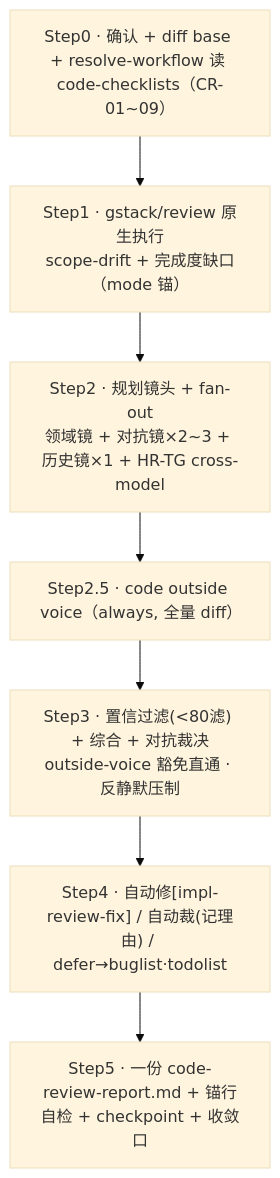
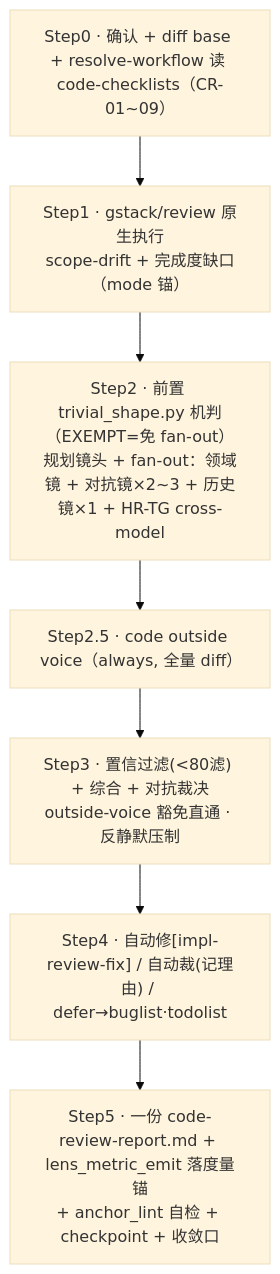
One commit to laodao-ai/sdflow-skills changed the second of 2 diagrams in docs/workflow-skills/sdflow-code-review.md. Above: the diagram before and after it, drawn with Mermaid (base theme). The commit also changed other lines of this file and 5 other files, not shown here.

````diff
--- a/docs/workflow-skills/sdflow-code-review.md
+++ b/docs/workflow-skills/sdflow-code-review.md
@@ -41,11 +47,11 @@
 ```mermaid
 flowchart TD
     S0["Step0 · 确认 + diff base + resolve-workflow 读 code-checklists（CR-01~09）"]
     S1["Step1 · gstack/review 原生执行<br/>scope-drift + 完成度缺口（mode 锚）"]
-    S2["Step2 · 规划镜头 + fan-out<br/>领域镜 + 对抗镜×2~3 + 历史镜×1 + HR-TG cross-model"]
+    S2["Step2 · 前置 trivial_shape.py 机判（EXEMPT=免 fan-out）<br/>规划镜头 + fan-out：领域镜 + 对抗镜×2~3 + 历史镜×1 + HR-TG cross-model"]
     S25["Step2.5 · code outside voice（always, 全量 diff）"]
     S3["Step3 · 置信过滤(<80滤) + 综合 + 对抗裁决<br/>outside-voice 豁免直通 · 反静默压制"]
     S4["Step4 · 自动修[impl-review-fix] / 自动裁(记理由) / defer→buglist·todolist"]
-    S5["Step5 · 一份 code-review-report.md + 锚行自检 + checkpoint + 收敛口"]
+    S5["Step5 · 一份 code-review-report.md + lens_metric_emit 落度量锚<br/>+ anchor_lint 自检 + checkpoint + 收敛口"]
     S0 --> S1 --> S2 --> S25 --> S3 --> S4 --> S5
 ```
````
